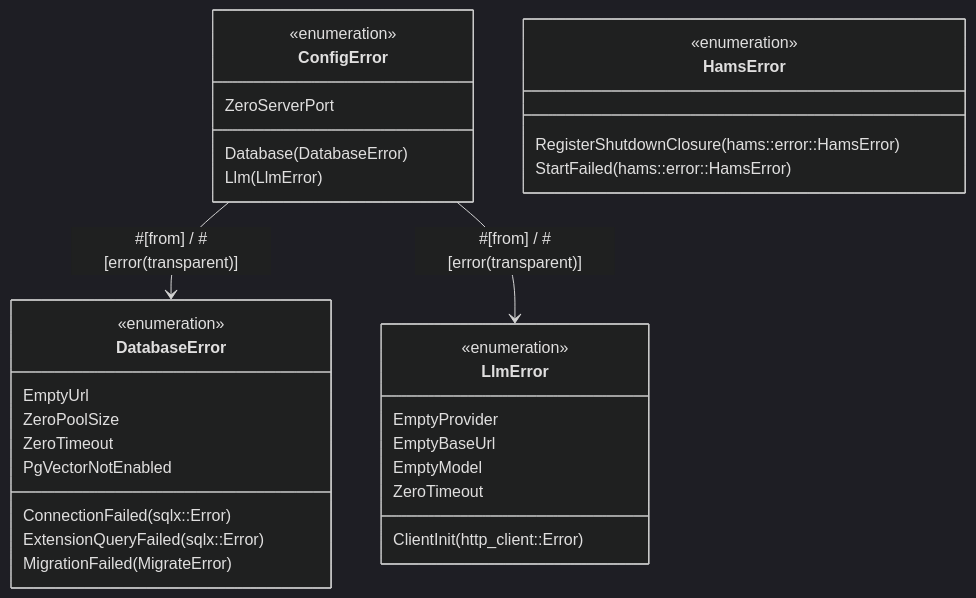
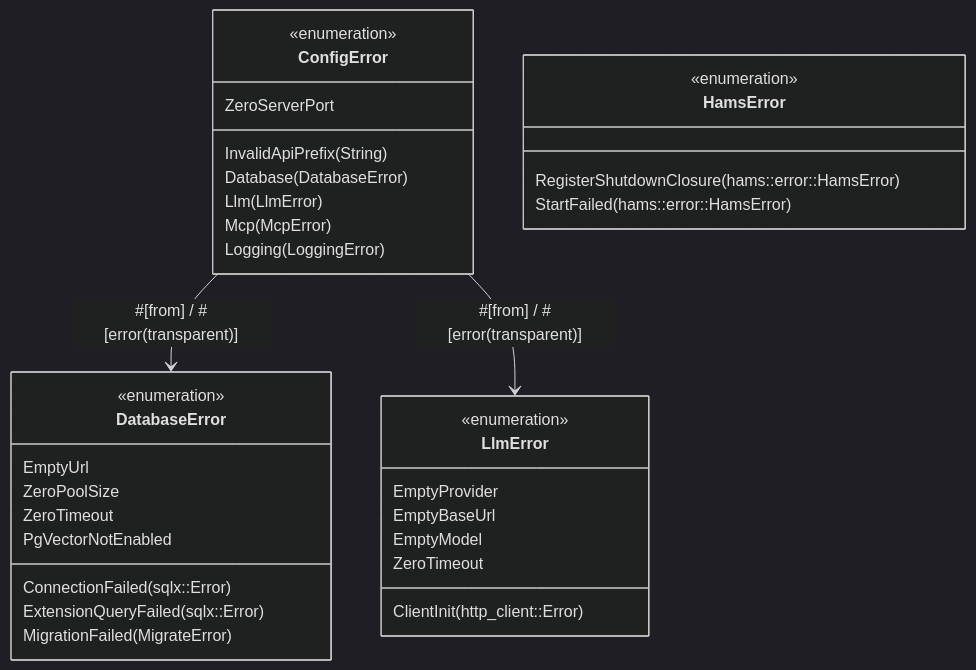
Before and after one commit to PolecatWorks/Graphrag: the second of 4 diagrams in spec/prds/backend-foundations-prd.md, drawn with Mermaid (dark theme). The commit also changed other lines of this file and 13 other files, not shown here.

Commit message:
feat(routing): implement configurable api_prefix and Istio VirtualService composition

````diff
--- a/spec/prds/backend-foundations-prd.md
+++ b/spec/prds/backend-foundations-prd.md
@@ -65,35 +66,38 @@
 ```mermaid
 classDiagram
     class ConfigError {
         <<enumeration>>
         ZeroServerPort
+        InvalidApiPrefix(String)
         Database(DatabaseError)
         Llm(LlmError)
+        Mcp(McpError)
+        Logging(LoggingError)
     }
     class DatabaseError {
         <<enumeration>>
         EmptyUrl
         ZeroPoolSize
         ZeroTimeout
         ConnectionFailed(sqlx::Error)
         ExtensionQueryFailed(sqlx::Error)
         PgVectorNotEnabled
         MigrationFailed(MigrateError)
     }
     class LlmError {
         <<enumeration>>
         EmptyProvider
         EmptyBaseUrl
         EmptyModel
         ZeroTimeout
         ClientInit(http_client::Error)
     }
     class HamsError {
         <<enumeration>>
         RegisterShutdownClosure(hams::error::HamsError)
         StartFailed(hams::error::HamsError)
     }
 
     ConfigError --> DatabaseError : #[from] / #[error(transparent)]
     ConfigError --> LlmError : #[from] / #[error(transparent)]
 ```
````
